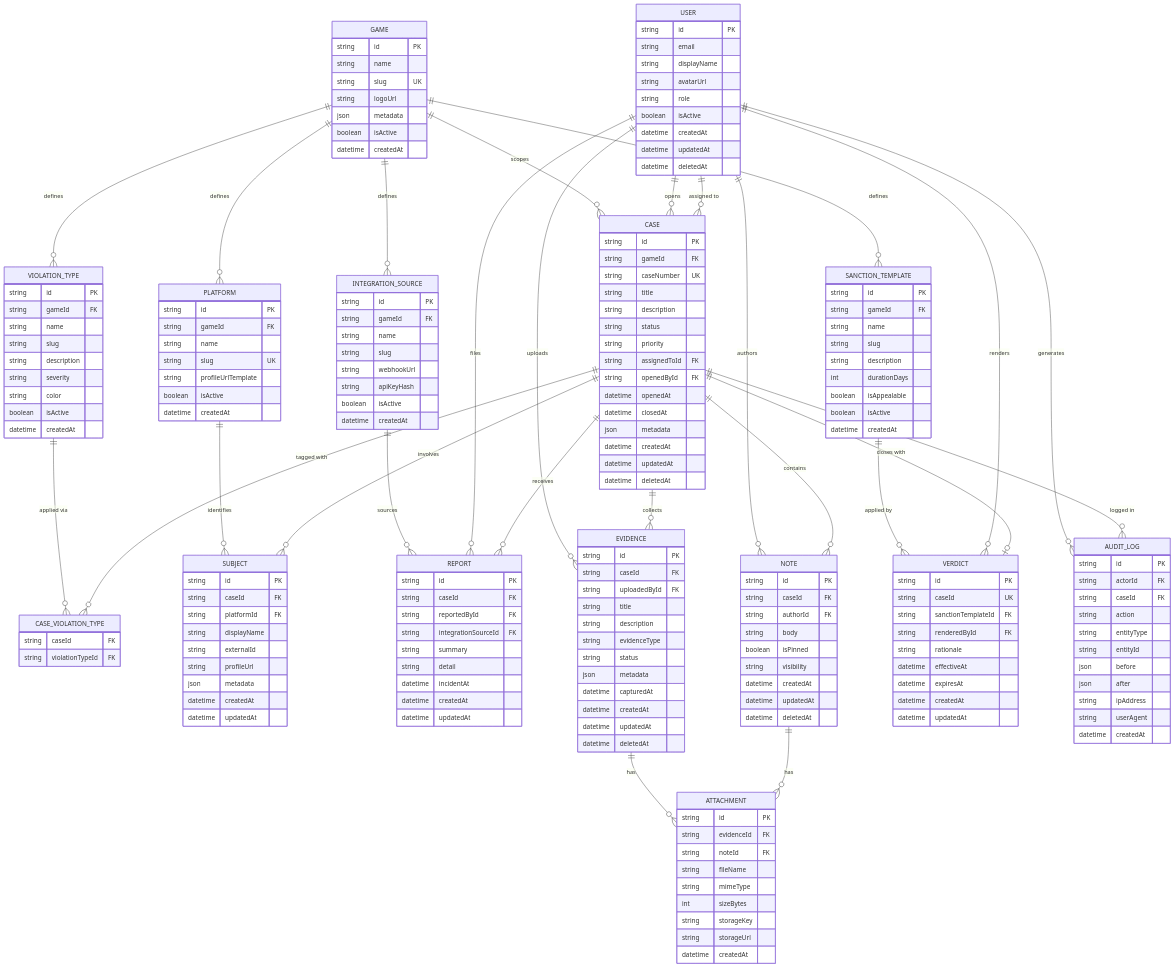
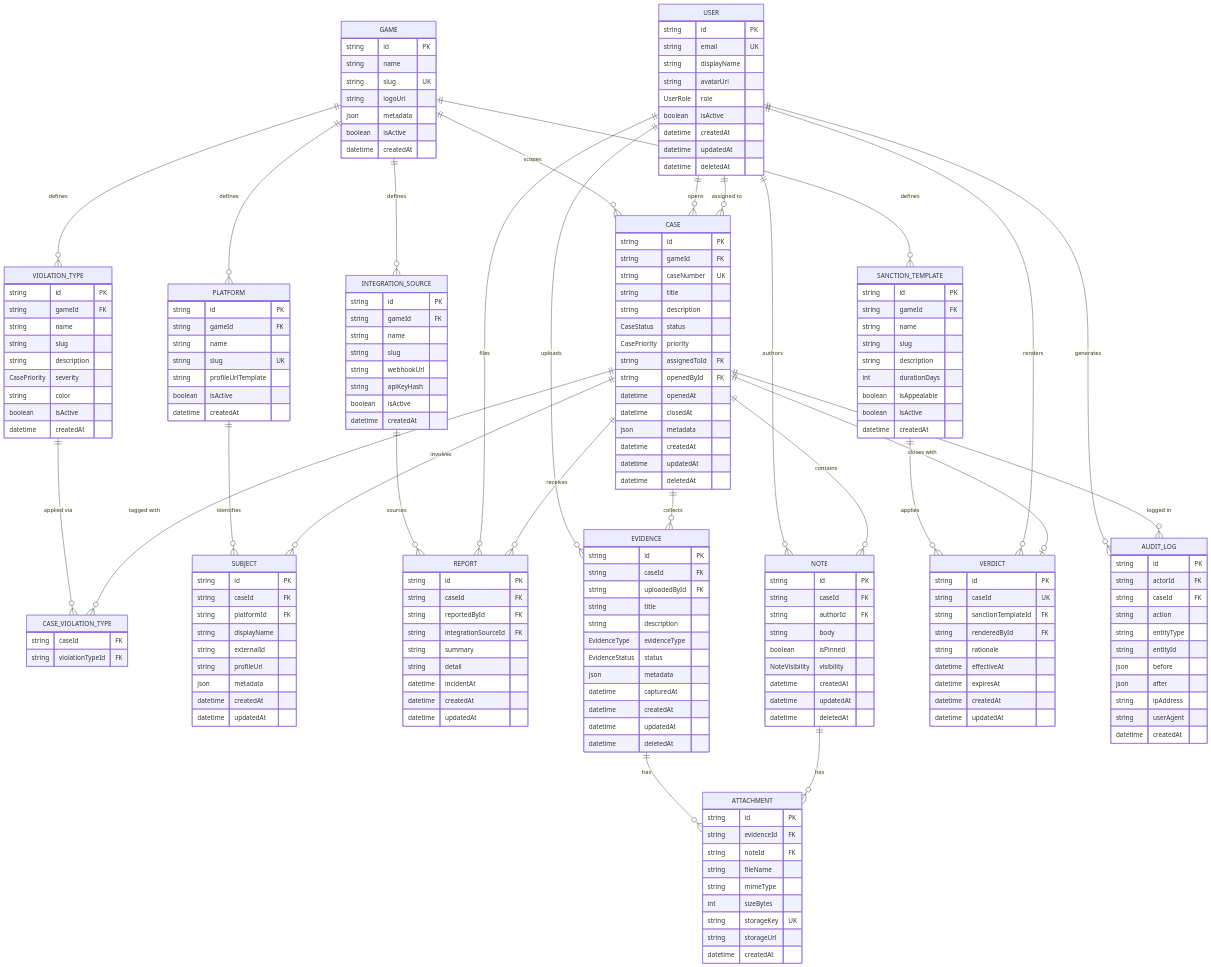
One commit to Serk4/Cheater-Case-Intelligence-Platform changed the diagram in docs/data-model.md. Above: the diagram before and after it, drawn with Mermaid.

Commit message:
Updated ER diagram

````diff
--- a/docs/data-model.md
+++ b/docs/data-model.md
@@ -73,5 +73,6 @@
 ```mermaid
 erDiagram
+
     GAME {
         string id PK
         string name
@@ -98,7 +99,7 @@
         string name
         string slug
         string description
-        string severity
+        CasePriority severity
         string color
         boolean isActive
         datetime createdAt
@@ -134,10 +135,10 @@
 
     USER {
         string id PK
-        string email
+        string email UK
         string displayName
         string avatarUrl
-        string role
+        UserRole role
         boolean isActive
         datetime createdAt
         datetime updatedAt
@@ -150,8 +151,8 @@
         string caseNumber UK
         string title
         string description
-        string status
-        string priority
+        CaseStatus status
+        CasePriority priority
         string assignedToId FK
         string openedById FK
         datetime openedAt
@@ -192,8 +193,8 @@
         string uploadedById FK
         string title
         string description
-        string evidenceType
-        string status
+        EvidenceType evidenceType
+        EvidenceStatus status
         json metadata
         datetime capturedAt
         datetime createdAt
@@ -208,7 +209,7 @@
         string fileName
         string mimeType
         int sizeBytes
-        string storageKey
+        string storageKey UK
         string storageUrl
         datetime createdAt
     }
@@ -219,7 +220,7 @@
         string authorId FK
         string body
         boolean isPinned
-        string visibility
+        NoteVisibility visibility
         datetime createdAt
         datetime updatedAt
         datetime deletedAt
@@ -264,7 +265,7 @@
 
     INTEGRATION_SOURCE ||--o{ REPORT : "sources"
 
-    SANCTION_TEMPLATE ||--o{ VERDICT : "applied by"
+    SANCTION_TEMPLATE ||--o{ VERDICT : "applies"
 
     USER ||--o{ CASE : "opens"
     USER ||--o{ CASE : "assigned to"
````
